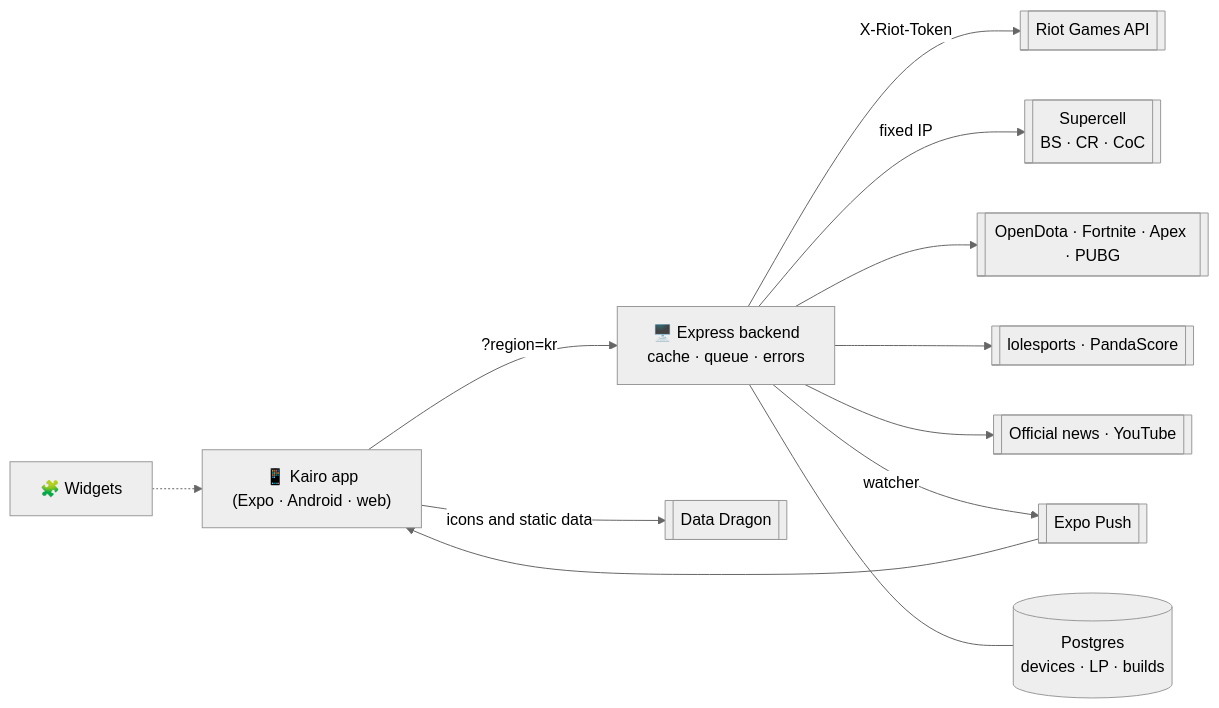
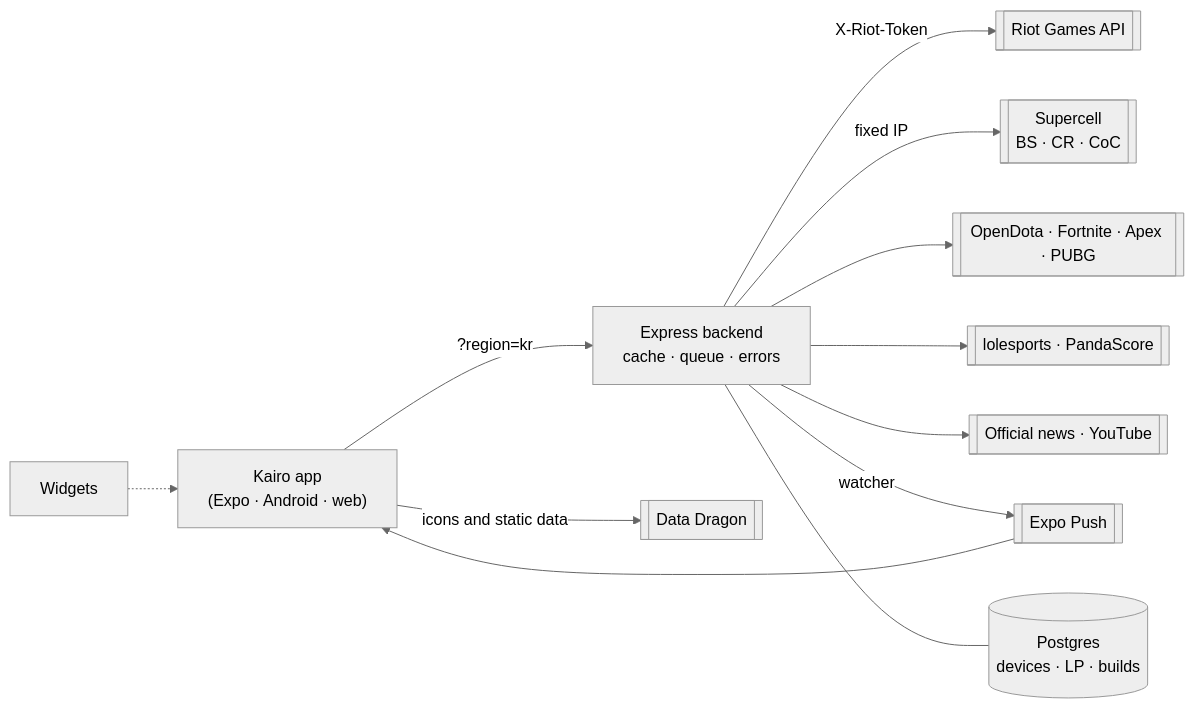
Before and after one commit to 0scar07/Kairo: the diagram in README.en.md, drawn with Mermaid (neutral theme). The commit also changed other lines of this file and 30 other files, not shown here.

````diff
--- a/README.en.md
+++ b/README.en.md
@@ -312,13 +312,13 @@
 ```mermaid
 flowchart LR
-    App["📱 Kairo app<br/>(Expo · Android · web)"] -- "?region=kr" --> API["🖥️ Express backend<br/>cache · queue · errors"]
-    Widgets["🧩 Widgets"] -.-> App
+    App["Kairo app<br/>(Expo · Android · web)"] -- "?region=kr" --> API["Express backend<br/>cache · queue · errors"]
+    Widgets["Widgets"] -.-> App
     API -- "X-Riot-Token" --> Riot[["Riot Games API"]]
     API -- "fixed IP" --> SC[["Supercell<br/>BS · CR · CoC"]]
     API --> Others[["OpenDota · Fortnite · Apex · PUBG"]]
     API --> Esports[["lolesports · PandaScore"]]
     API --> Media[["Official news · YouTube"]]
     API -- "watcher" --> Push[["Expo Push"]] --> App
     API --- DB[("Postgres<br/>devices · LP · builds")]
     App -- "icons and static data" --> DD[["Data Dragon"]]
 ```
````
